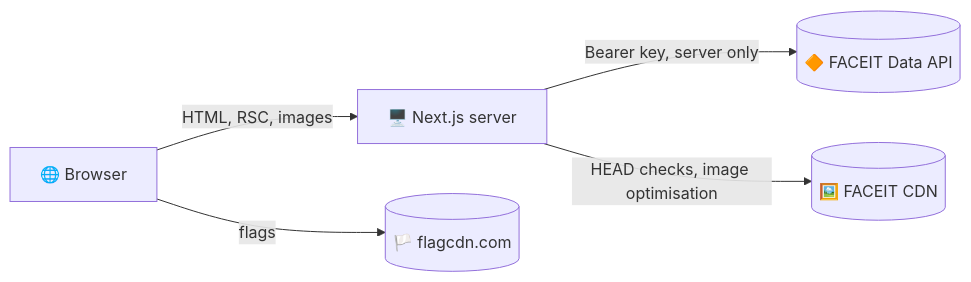
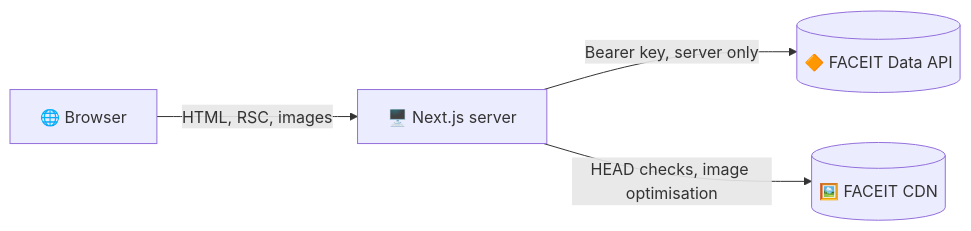
One commit to sacrificed666/next-faceit-stats changed the diagram in docs/security.md. Above: the diagram before and after it, drawn with Mermaid. The commit also changed other lines of this file and 266 other files, not shown here.

````diff
--- a/docs/security.md
+++ b/docs/security.md
@@ -5,7 +5,6 @@
 ```mermaid
 flowchart LR
   Browser[🌐 Browser] -->|HTML, RSC, images| Server[🖥️ Next.js server]
   Server -->|"Bearer key, server only"| FACEIT[(🔶 FACEIT Data API)]
   Server -->|HEAD checks, image optimisation| CDN[(🖼️ FACEIT CDN)]
-  Browser -->|flags| Flags[(🏳️ flagcdn.com)]
 ```
````
